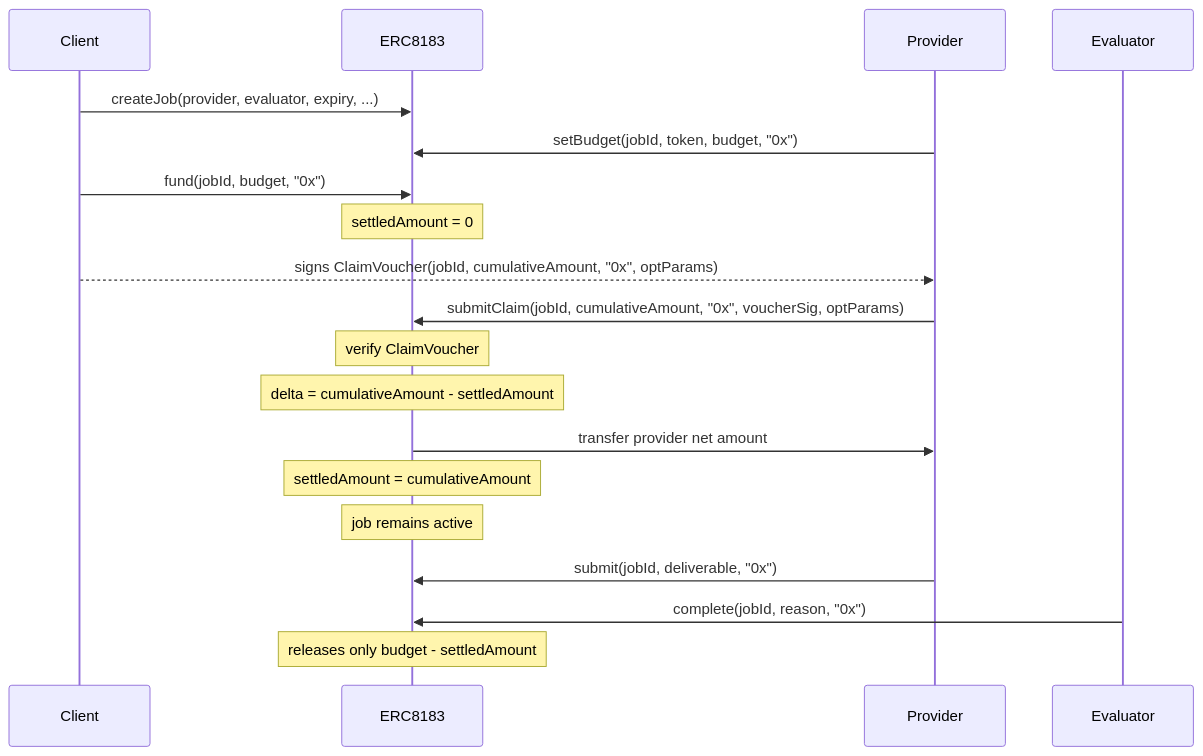
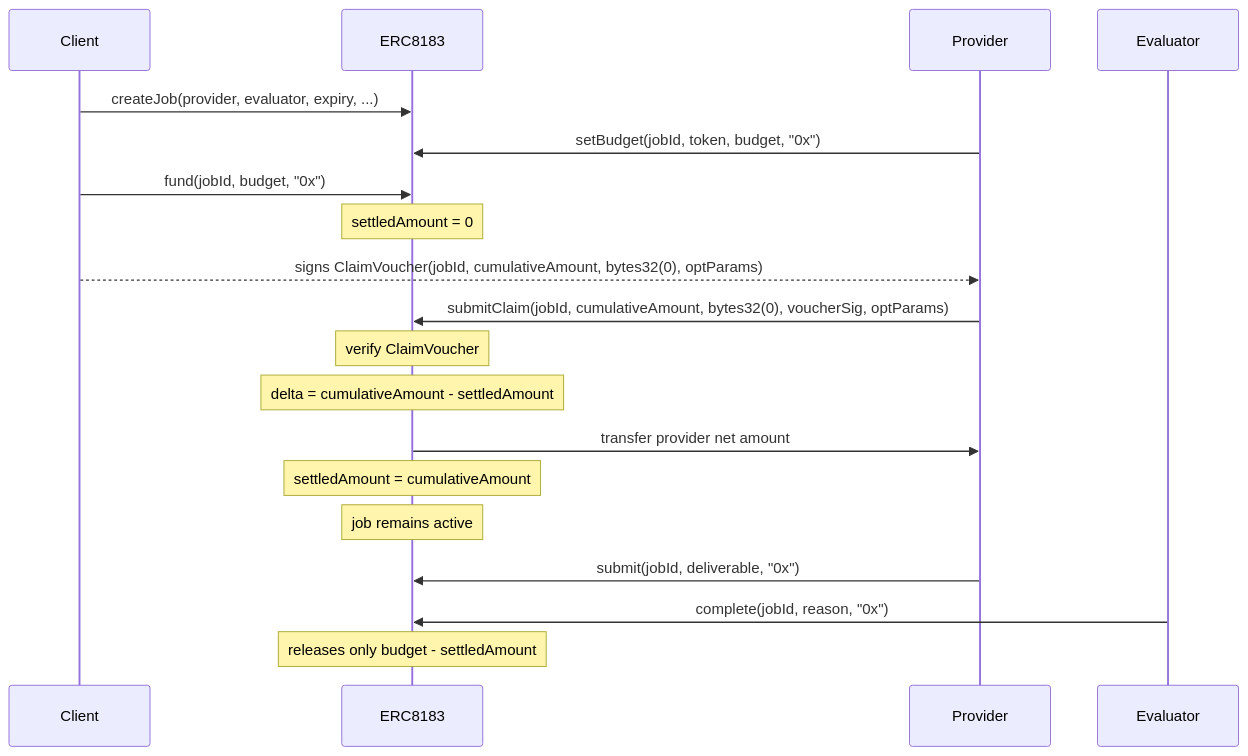
The fourth of 4 diagrams in docs/01-architecture.md (erc-8183/base-contracts), drawn with Mermaid before and after one commit. The commit also changed other lines of this file and 3 other files, not shown here.

````diff
--- a/docs/01-architecture.md
+++ b/docs/01-architecture.md
@@ -96,24 +95,24 @@
 ```mermaid
 sequenceDiagram
     participant C as Client
     participant AC as ERC8183
     participant P as Provider
     participant E as Evaluator
 
     C->>AC: createJob(provider, evaluator, expiry, ...)
     P->>AC: setBudget(jobId, token, budget, "0x")
     C->>AC: fund(jobId, budget, "0x")
     Note over AC: settledAmount = 0
 
-    C-->>P: signs ClaimVoucher(jobId, cumulativeAmount, "0x", optParams)
-    P->>AC: submitClaim(jobId, cumulativeAmount, "0x", voucherSig, optParams)
+    C-->>P: signs ClaimVoucher(jobId, cumulativeAmount, bytes32(0), optParams)
+    P->>AC: submitClaim(jobId, cumulativeAmount, bytes32(0), voucherSig, optParams)
     Note over AC: verify ClaimVoucher
     Note over AC: delta = cumulativeAmount - settledAmount
     AC->>P: transfer provider net amount
     Note over AC: settledAmount = cumulativeAmount
     Note over AC: job remains active
 
     P->>AC: submit(jobId, deliverable, "0x")
     E->>AC: complete(jobId, reason, "0x")
     Note over AC: releases only budget - settledAmount
 ```
````
